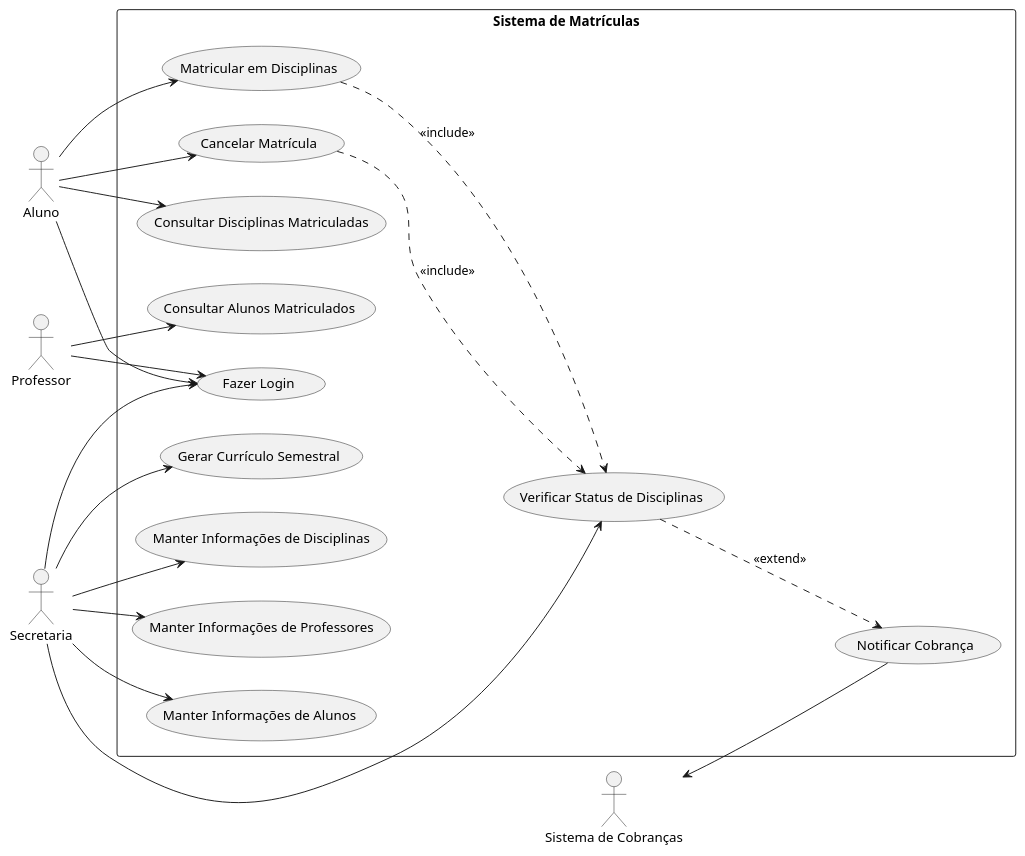
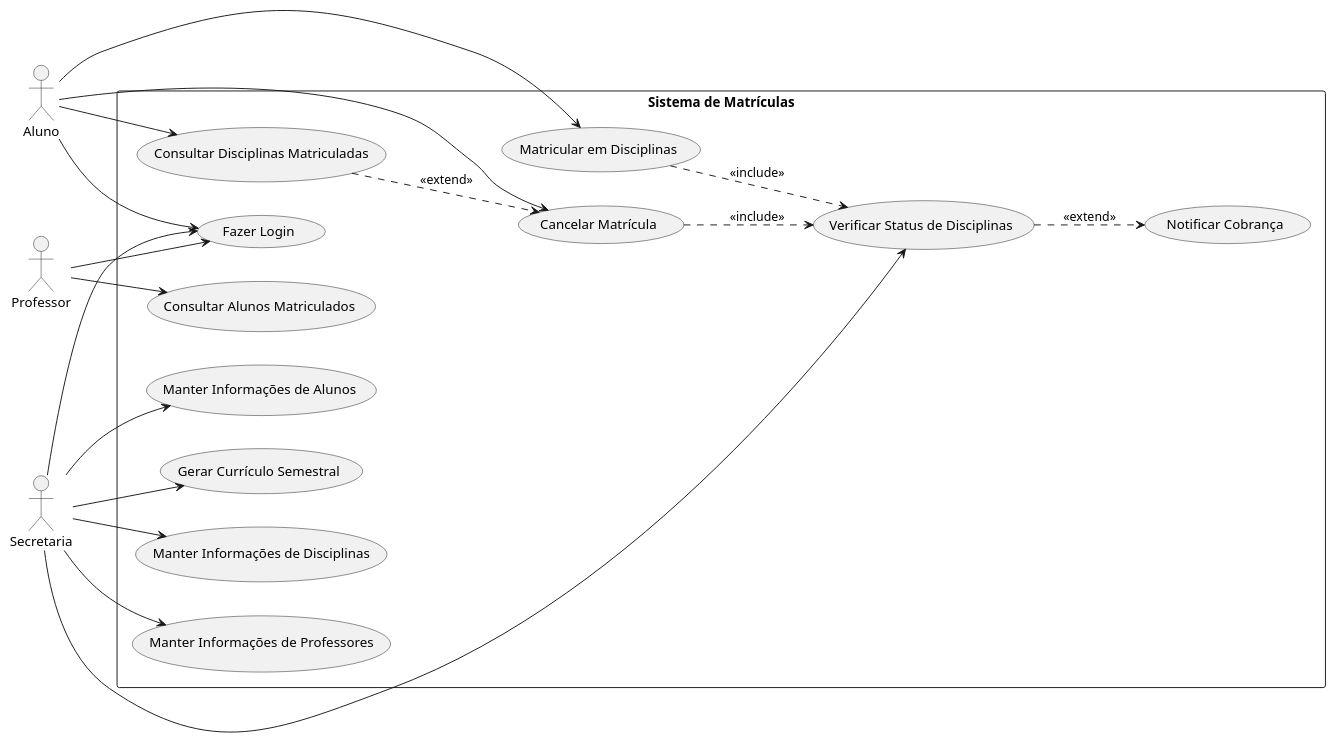
The diagram in README.md (dmelo10/LDS), drawn with PlantUML before and after one commit.

````diff
--- a/README.md
+++ b/README.md
@@ -47,44 +47,44 @@
 ```plantuml
 @startuml
 left to right direction
 actor Aluno
 actor Professor
 actor Secretaria
-actor "Sistema de Cobranças" as Cobrancas
 
 rectangle "Sistema de Matrículas" {
   usecase "Fazer Login" as UC1
   usecase "Matricular em Disciplinas" as UC2
   usecase "Cancelar Matrícula" as UC3
   usecase "Consultar Disciplinas Matriculadas" as UC4
   usecase "Gerar Currículo Semestral" as UC5
   usecase "Manter Informações de Disciplinas" as UC6
   usecase "Manter Informações de Professores" as UC7
   usecase "Manter Informações de Alunos" as UC8
   usecase "Verificar Status de Disciplinas" as UC9
   usecase "Consultar Alunos Matriculados" as UC10
   usecase "Notificar Cobrança" as UC11
 }
 
 Aluno --> UC1
 Aluno --> UC2
 Aluno --> UC3
 Aluno --> UC4
 
 Professor --> UC1
 Professor --> UC10
 
 Secretaria --> UC1
 Secretaria --> UC5
 Secretaria --> UC6
 Secretaria --> UC7
 Secretaria --> UC8
 Secretaria --> UC9
 
 UC2 ..> UC9 : <<include>>
 UC3 ..> UC9 : <<include>>
 UC9 ..> UC11 : <<extend>>
+UC4 ..> UC3 : <<extend>>
 
-Cobrancas <-- UC11
+
 @enduml
 ```
````
